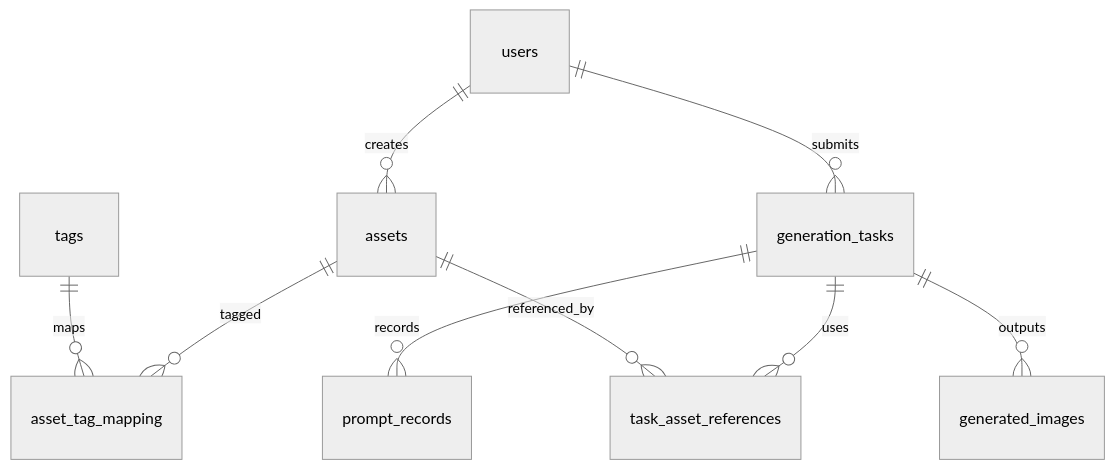
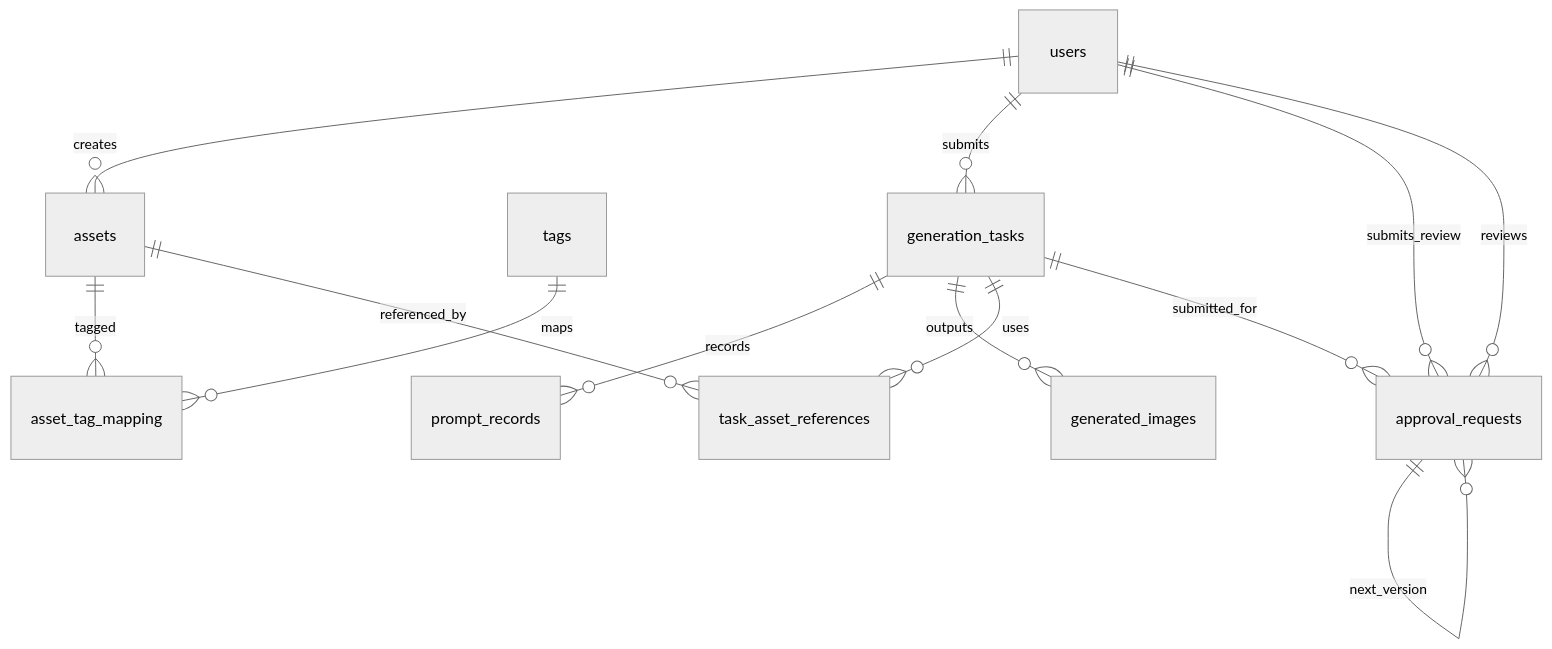
Before and after one commit to Sonya747/ArtCore: the diagram in 数据存储方案.md, drawn with Mermaid (neutral theme). The commit also changed other lines of this file and 17 other files, not shown here.

````diff
--- a/数据存储方案.md
+++ b/数据存储方案.md
@@ -24,11 +25,15 @@
 ```mermaid
 erDiagram
     users ||--o{ assets : creates
     assets ||--o{ asset_tag_mapping : tagged
     tags ||--o{ asset_tag_mapping : maps
     users ||--o{ generation_tasks : submits
     generation_tasks ||--o{ prompt_records : records
     generation_tasks ||--o{ generated_images : outputs
     generation_tasks ||--o{ task_asset_references : uses
     assets ||--o{ task_asset_references : referenced_by
+    generation_tasks ||--o{ approval_requests : submitted_for
+    users ||--o{ approval_requests : submits_review
+    users ||--o{ approval_requests : reviews
+    approval_requests ||--o{ approval_requests : next_version
 ```
````
